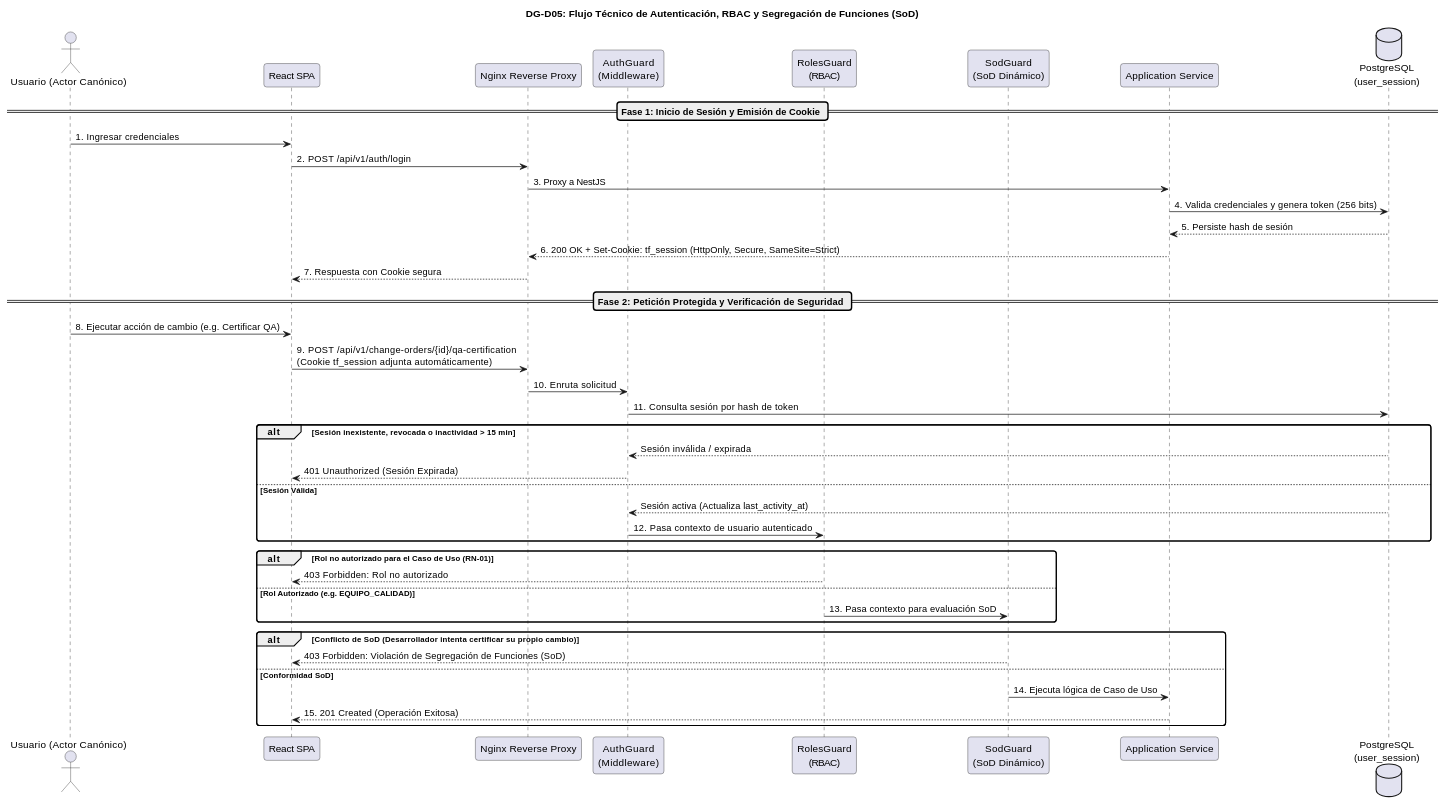
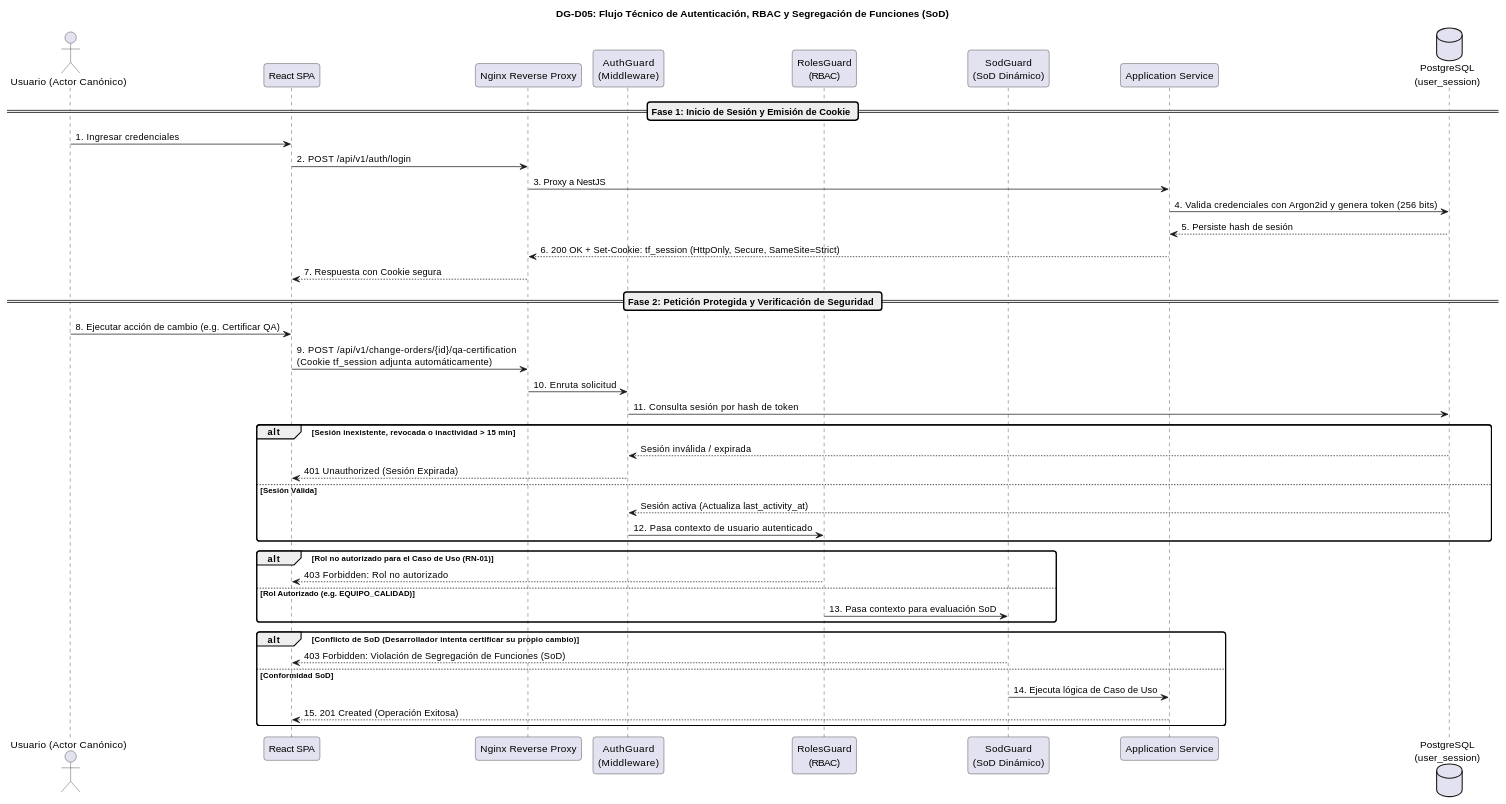
The fifth of 15 diagrams in FD05-EPIS-Informe_SAD_Diseno.md (JMedina255/TraceFlow), drawn with PlantUML before and after one commit. The commit also changed other lines of this file and 6 other files, not shown here.

````diff
--- a/FD05-EPIS-Informe_SAD_Diseno.md
+++ b/FD05-EPIS-Informe_SAD_Diseno.md
@@ -1198,55 +1234,55 @@
 ```plantuml
 @startuml
 skinparam shadowing false
 skinparam roundcorner 8
 skinparam defaultFontName Arial
 
 title <b>DG-D05: Flujo Técnico de Autenticación, RBAC y Segregación de Funciones (SoD)</b>
 
 actor "Usuario (Actor Canónico)" as User
 participant "React SPA" as UI
 participant "Nginx Reverse Proxy" as Nginx
 participant "AuthGuard\n(Middleware)" as AuthGuard
 participant "RolesGuard\n(RBAC)" as RolesGuard
 participant "SodGuard\n(SoD Dinámico)" as SodGuard
 participant "Application Service" as AppService
 database "PostgreSQL\n(user_session)" as DB
 
 == Fase 1: Inicio de Sesión y Emisión de Cookie ==
 User -> UI : 1. Ingresar credenciales
 UI -> Nginx : 2. POST /api/v1/auth/login
 Nginx -> AppService : 3. Proxy a NestJS
-AppService -> DB : 4. Valida credenciales y genera token (256 bits)
+AppService -> DB : 4. Valida credenciales con Argon2id y genera token (256 bits)
 DB --> AppService : 5. Persiste hash de sesión
 AppService --> Nginx : 6. 200 OK + Set-Cookie: tf_session (HttpOnly, Secure, SameSite=Strict)
 Nginx --> UI : 7. Respuesta con Cookie segura
 
 == Fase 2: Petición Protegida y Verificación de Seguridad ==
 User -> UI : 8. Ejecutar acción de cambio (e.g. Certificar QA)
 UI -> Nginx : 9. POST /api/v1/change-orders/{id}/qa-certification\n(Cookie tf_session adjunta automáticamente)
 Nginx -> AuthGuard : 10. Enruta solicitud
 
 AuthGuard -> DB : 11. Consulta sesión por hash de token
 alt Sesión inexistente, revocada o inactividad > 15 min
     DB --> AuthGuard : Sesión inválida / expirada
     AuthGuard --> UI : 401 Unauthorized (Sesión Expirada)
 else Sesión Válida
     DB --> AuthGuard : Sesión activa (Actualiza last_activity_at)
     AuthGuard -> RolesGuard : 12. Pasa contexto de usuario autenticado
 end
 
 alt Rol no autorizado para el Caso de Uso (RN-01)
     RolesGuard --> UI : 403 Forbidden: Rol no autorizado
 else Rol Autorizado (e.g. EQUIPO_CALIDAD)
     RolesGuard -> SodGuard : 13. Pasa contexto para evaluación SoD
 end
 
 alt Conflicto de SoD (Desarrollador intenta certificar su propio cambio)
     SodGuard --> UI : 403 Forbidden: Violación de Segregación de Funciones (SoD)
 else Conformidad SoD
     SodGuard -> AppService : 14. Ejecuta lógica de Caso de Uso
     AppService --> UI : 15. 201 Created (Operación Exitosa)
 end
 
 @enduml
 ```
````
